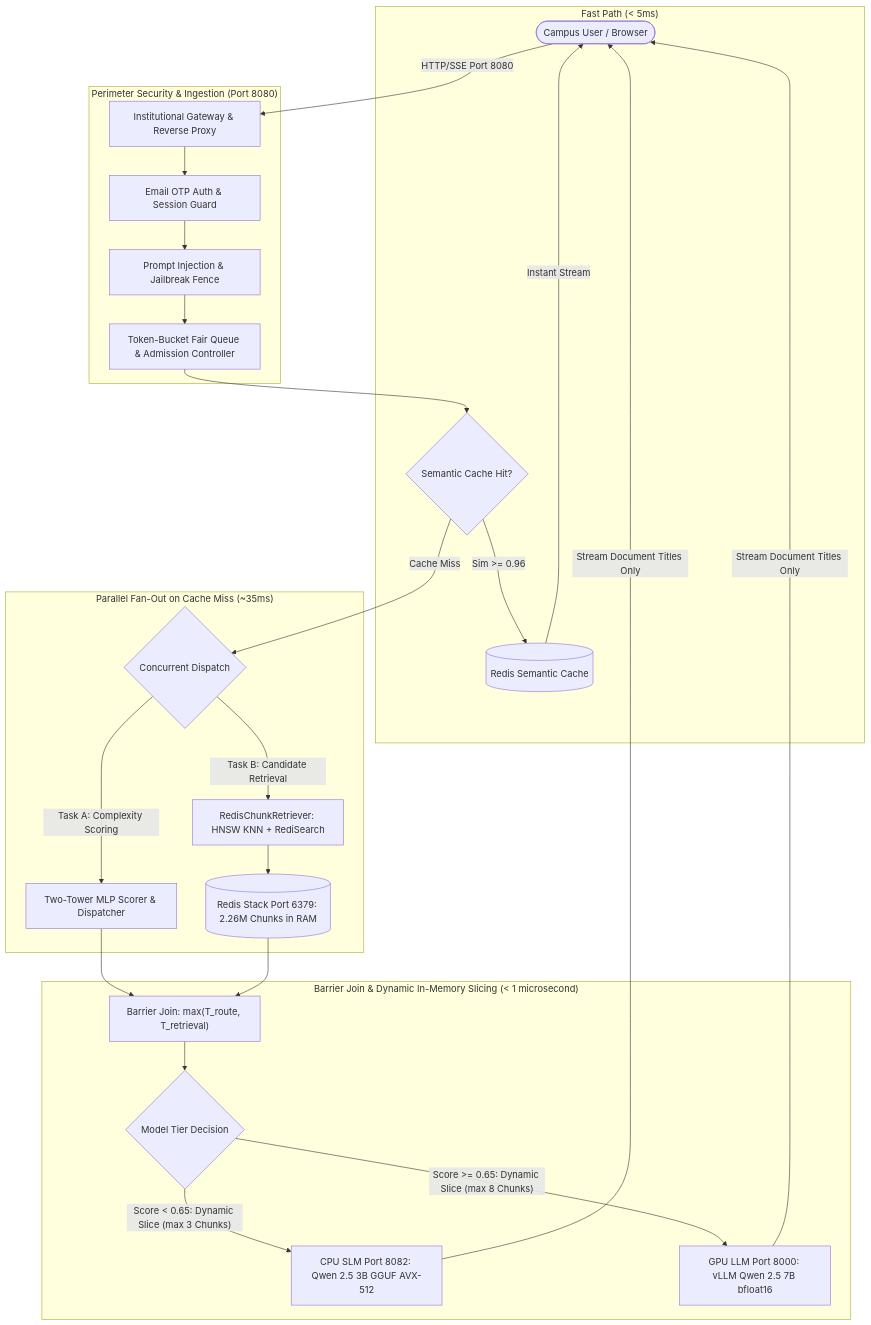
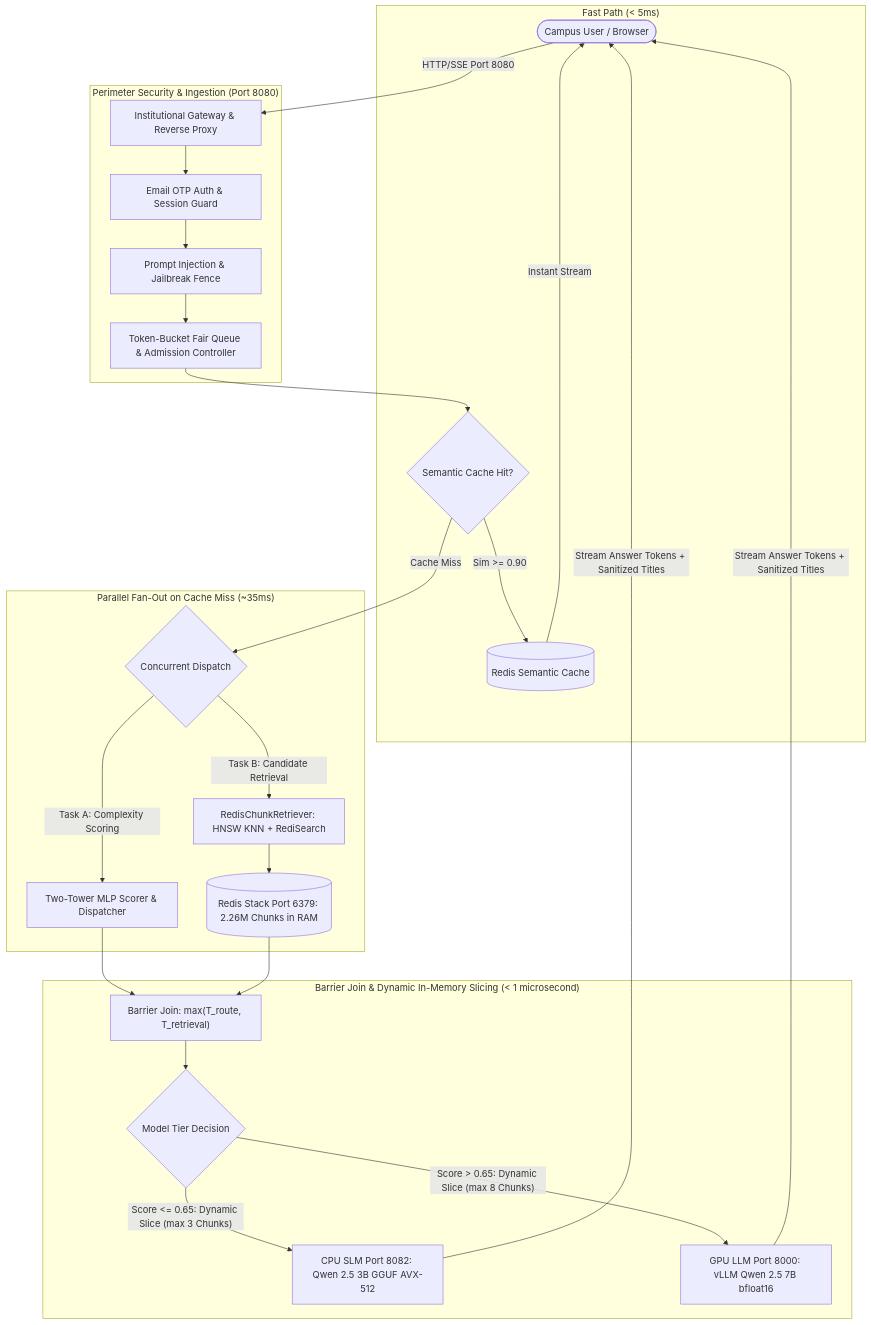
One commit to rutujmanware/Onprem-RAG-gateway changed the first of 4 diagrams in COMPLETE_SYSTEM_DOCUMENTATION.md. Above: the diagram before and after it, drawn with Mermaid. The commit also changed other lines of this file, not shown here.

````diff
--- a/COMPLETE_SYSTEM_DOCUMENTATION.md
+++ b/COMPLETE_SYSTEM_DOCUMENTATION.md
@@ -36,34 +36,34 @@
 ```mermaid
 flowchart TD
     User(["Campus User / Browser"]) -->|HTTP/SSE Port 8080| GW["Institutional Gateway & Reverse Proxy"]
     
     subgraph "Perimeter Security & Ingestion (Port 8080)"
         GW --> Auth["Email OTP Auth & Session Guard"]
         Auth --> Injection["Prompt Injection & Jailbreak Fence"]
         Injection --> FairQ["Token-Bucket Fair Queue & Admission Controller"]
     end
 
     subgraph "Fast Path (< 5ms)"
         FairQ --> CacheCheck{"Semantic Cache Hit?"}
-        CacheCheck -->|"Sim >= 0.96"| RedisCache[("Redis Semantic Cache")]
+        CacheCheck -->|"Sim >= 0.90"| RedisCache[("Redis Semantic Cache")]
         RedisCache -->|"Instant Stream"| User
     end
 
     subgraph "Parallel Fan-Out on Cache Miss (~35ms)"
         CacheCheck -->|"Cache Miss"| Fork{"Concurrent Dispatch"}
         Fork -->|"Task A: Complexity Scoring"| Router["Two-Tower MLP Scorer & Dispatcher"]
         Fork -->|"Task B: Candidate Retrieval"| RetEng["RedisChunkRetriever: HNSW KNN + RediSearch"]
         RetEng --> RedisDB[("Redis Stack Port 6379: 2.26M Chunks in RAM")]
     end
 
     subgraph "Barrier Join & Dynamic In-Memory Slicing (< 1 microsecond)"
         Router --> Join["Barrier Join: max(T_route, T_retrieval)"]
         RedisDB --> Join
         Join --> Slice{"Model Tier Decision"}
-        Slice -->|"Score < 0.65: Dynamic Slice (max 3 Chunks)"| CPUSLM["CPU SLM Port 8082: Qwen 2.5 3B GGUF AVX-512"]
-        Slice -->|"Score >= 0.65: Dynamic Slice (max 8 Chunks)"| GPULLM["GPU LLM Port 8000: vLLM Qwen 2.5 7B bfloat16"]
+        Slice -->|"Score <= 0.65: Dynamic Slice (max 3 Chunks)"| CPUSLM["CPU SLM Port 8082: Qwen 2.5 3B GGUF AVX-512"]
+        Slice -->|"Score > 0.65: Dynamic Slice (max 8 Chunks)"| GPULLM["GPU LLM Port 8000: vLLM Qwen 2.5 7B bfloat16"]
     end
 
-    CPUSLM -->|"Stream Document Titles Only"| User
-    GPULLM -->|"Stream Document Titles Only"| User
+    CPUSLM -->|"Stream Answer Tokens + Sanitized Titles"| User
+    GPULLM -->|"Stream Answer Tokens + Sanitized Titles"| User
 ```
````
